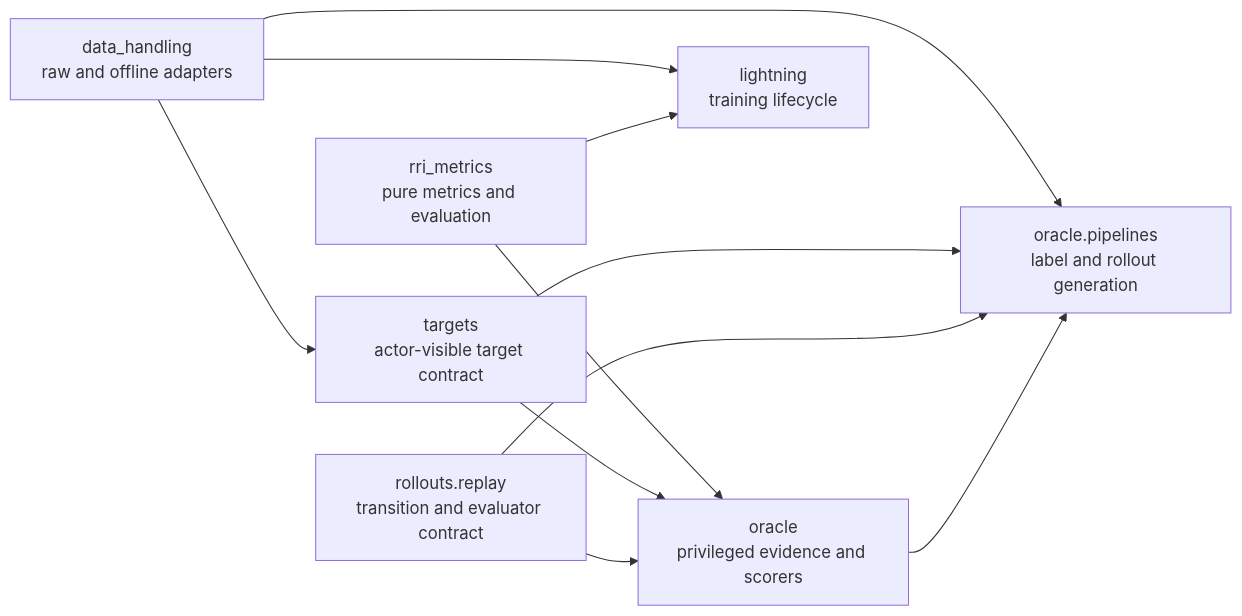
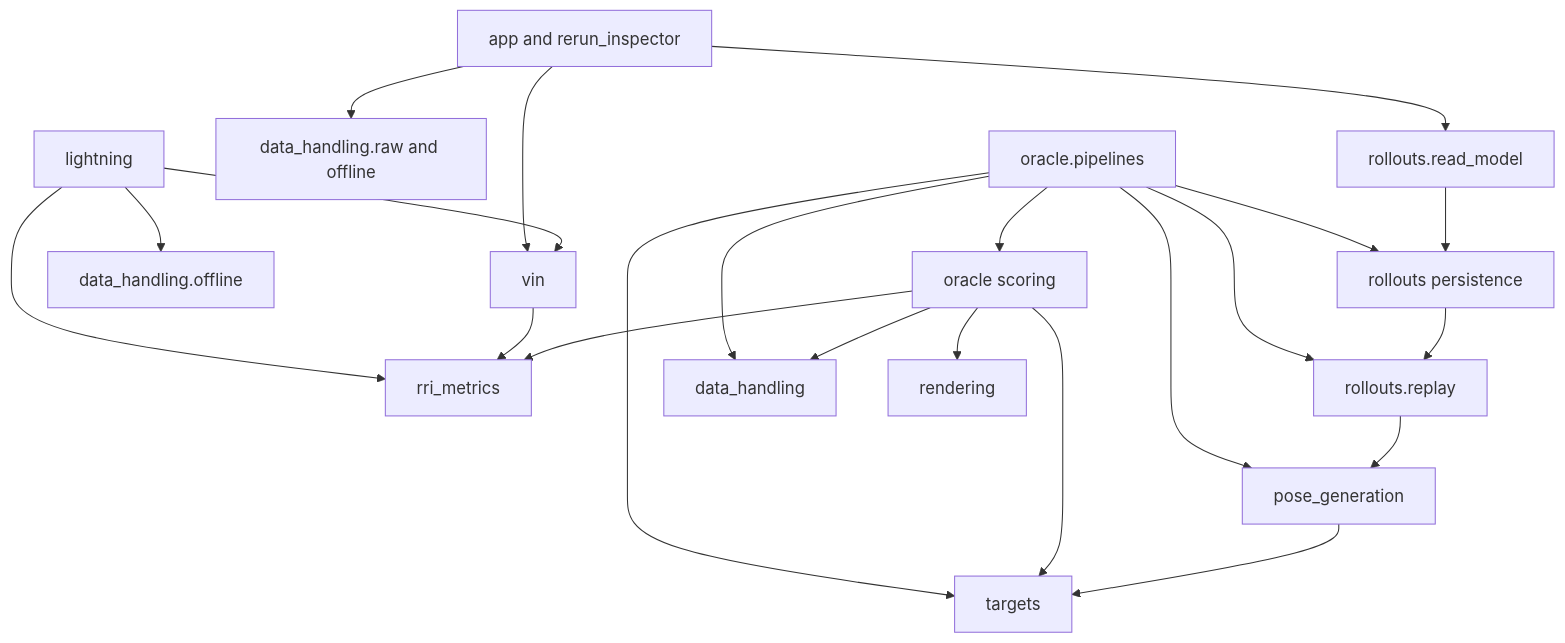
The first of 2 diagrams in .omx/specs/autoresearch-aria-nbv-module-pruning-20260709/report.md (JanDuchscherer104/NBV), drawn with Mermaid before and after one commit. The commit also changed other lines of this file, not shown here.

Commit message:
docs: revise target selection architecture plan

````diff
--- a/.omx/specs/autoresearch-aria-nbv-module-pruning-20260709/report.md
+++ b/.omx/specs/autoresearch-aria-nbv-module-pruning-20260709/report.md
@@ -26,21 +114,29 @@
 ```mermaid
-flowchart LR
-  metrics["rri_metrics\npure metrics and evaluation"]
-  data["data_handling\nraw and offline adapters"]
-  targets["targets\nactor-visible target contract"]
-  replay["rollouts.replay\ntransition and evaluator contract"]
-  oracle["oracle\nprivileged evidence and scorers"]
-  pipelines["oracle.pipelines\nlabel and rollout generation"]
-  lightning["lightning\ntraining lifecycle"]
+flowchart TD
+  app["app and rerun_inspector"] --> readmodel["rollouts.read_model"]
+  app --> raw["data_handling.raw and offline"]
+  app --> vin["vin"]
 
-  data --> targets
-  metrics --> oracle
-  targets --> oracle
-  replay --> oracle
-  data --> pipelines
-  targets --> pipelines
-  replay --> pipelines
-  oracle --> pipelines
-  data --> lightning
-  metrics --> lightning
+  lightning["lightning"] --> vin
+  lightning --> metrics["rri_metrics"]
+  lightning --> offline["data_handling.offline"]
+
+  vin --> metrics
+
+  pipelines["oracle.pipelines"] --> oracle["oracle scoring"]
+  pipelines --> replay["rollouts.replay"]
+  pipelines --> store["rollouts persistence"]
+  pipelines --> candidates["pose_generation"]
+  pipelines --> targets["targets"]
+  pipelines --> data["data_handling"]
+
+  oracle --> metrics
+  oracle --> targets
+  oracle --> data
+  oracle --> rendering["rendering"]
+
+  candidates --> targets
+  replay --> candidates
+  store --> replay
+  readmodel --> store
 ```
````
